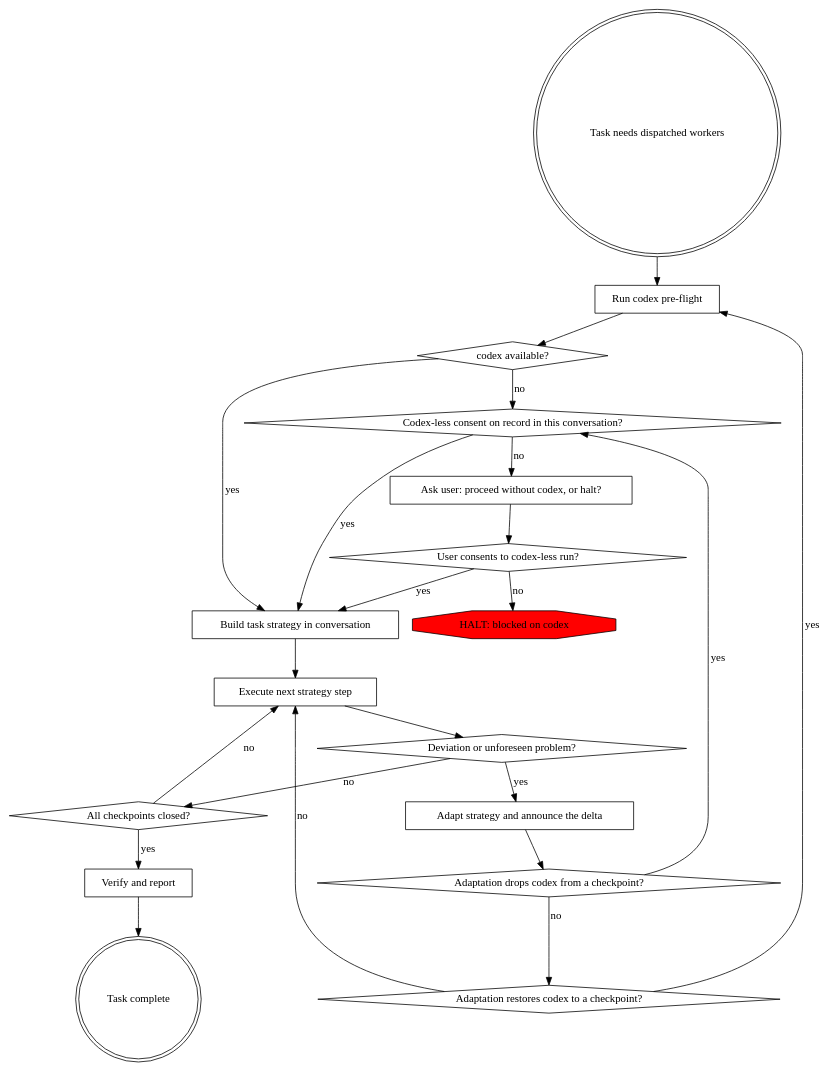
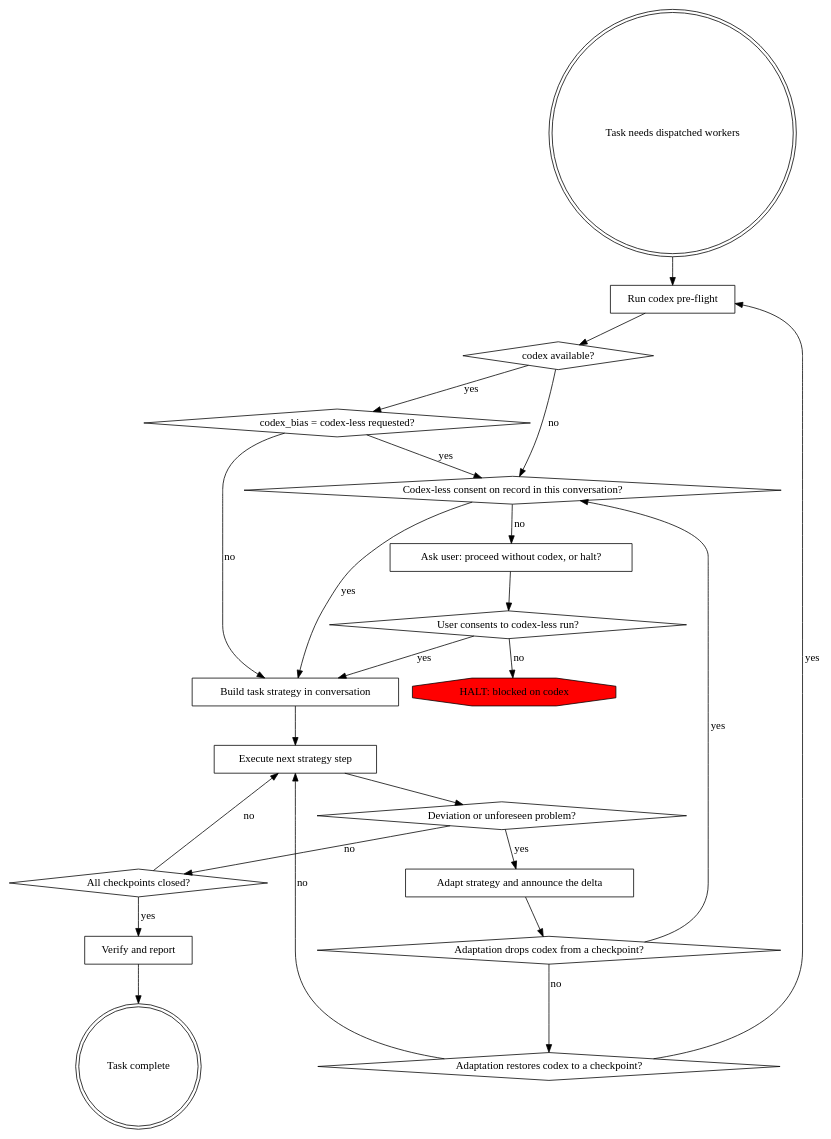
One commit to it-bens/ai-tools changed the diagram in plugins/subagent-orchestrator/skills/orchestrating-subagent-work/SKILL.md. Above: the diagram before and after it, drawn with Graphviz. The commit also changed other lines of this file and 8 other files, not shown here.

First line of the commit message:
feat(subagent-orchestrator): add routing.codex_bias calibration

````diff
--- a/plugins/subagent-orchestrator/skills/orchestrating-subagent-work/SKILL.md
+++ b/plugins/subagent-orchestrator/skills/orchestrating-subagent-work/SKILL.md
@@ -30,42 +30,45 @@
 ```dot
 digraph orchestrating_subagent_work {
     "Task needs dispatched workers" [shape=doublecircle];
     "Run codex pre-flight" [shape=box];
     "codex available?" [shape=diamond];
+    "codex_bias = codex-less requested?" [shape=diamond];
     "Codex-less consent on record in this conversation?" [shape=diamond];
     "Ask user: proceed without codex, or halt?" [shape=box];
     "User consents to codex-less run?" [shape=diamond];
     "HALT: blocked on codex" [shape=octagon, style=filled, fillcolor=red];
     "Build task strategy in conversation" [shape=box];
     "Execute next strategy step" [shape=box];
     "Deviation or unforeseen problem?" [shape=diamond];
     "Adapt strategy and announce the delta" [shape=box];
     "Adaptation drops codex from a checkpoint?" [shape=diamond];
     "Adaptation restores codex to a checkpoint?" [shape=diamond];
     "All checkpoints closed?" [shape=diamond];
     "Verify and report" [shape=box];
     "Task complete" [shape=doublecircle];
 
     "Task needs dispatched workers" -> "Run codex pre-flight";
     "Run codex pre-flight" -> "codex available?";
-    "codex available?" -> "Build task strategy in conversation" [label="yes"];
+    "codex available?" -> "codex_bias = codex-less requested?" [label="yes"];
+    "codex_bias = codex-less requested?" -> "Codex-less consent on record in this conversation?" [label="yes"];
+    "codex_bias = codex-less requested?" -> "Build task strategy in conversation" [label="no"];
     "codex available?" -> "Codex-less consent on record in this conversation?" [label="no"];
     "Codex-less consent on record in this conversation?" -> "Build task strategy in conversation" [label="yes"];
     "Codex-less consent on record in this conversation?" -> "Ask user: proceed without codex, or halt?" [label="no"];
     "Ask user: proceed without codex, or halt?" -> "User consents to codex-less run?";
     "User consents to codex-less run?" -> "Build task strategy in conversation" [label="yes"];
     "User consents to codex-less run?" -> "HALT: blocked on codex" [label="no"];
     "Build task strategy in conversation" -> "Execute next strategy step";
     "Execute next strategy step" -> "Deviation or unforeseen problem?";
     "Deviation or unforeseen problem?" -> "All checkpoints closed?" [label="no"];
     "Deviation or unforeseen problem?" -> "Adapt strategy and announce the delta" [label="yes"];
     "Adapt strategy and announce the delta" -> "Adaptation drops codex from a checkpoint?";
     "Adaptation drops codex from a checkpoint?" -> "Codex-less consent on record in this conversation?" [label="yes"];
     "Adaptation drops codex from a checkpoint?" -> "Adaptation restores codex to a checkpoint?" [label="no"];
     "Adaptation restores codex to a checkpoint?" -> "Run codex pre-flight" [label="yes"];
     "Adaptation restores codex to a checkpoint?" -> "Execute next strategy step" [label="no"];
     "All checkpoints closed?" -> "Execute next strategy step" [label="no"];
     "All checkpoints closed?" -> "Verify and report" [label="yes"];
     "Verify and report" -> "Task complete";
 }
 ```
````
